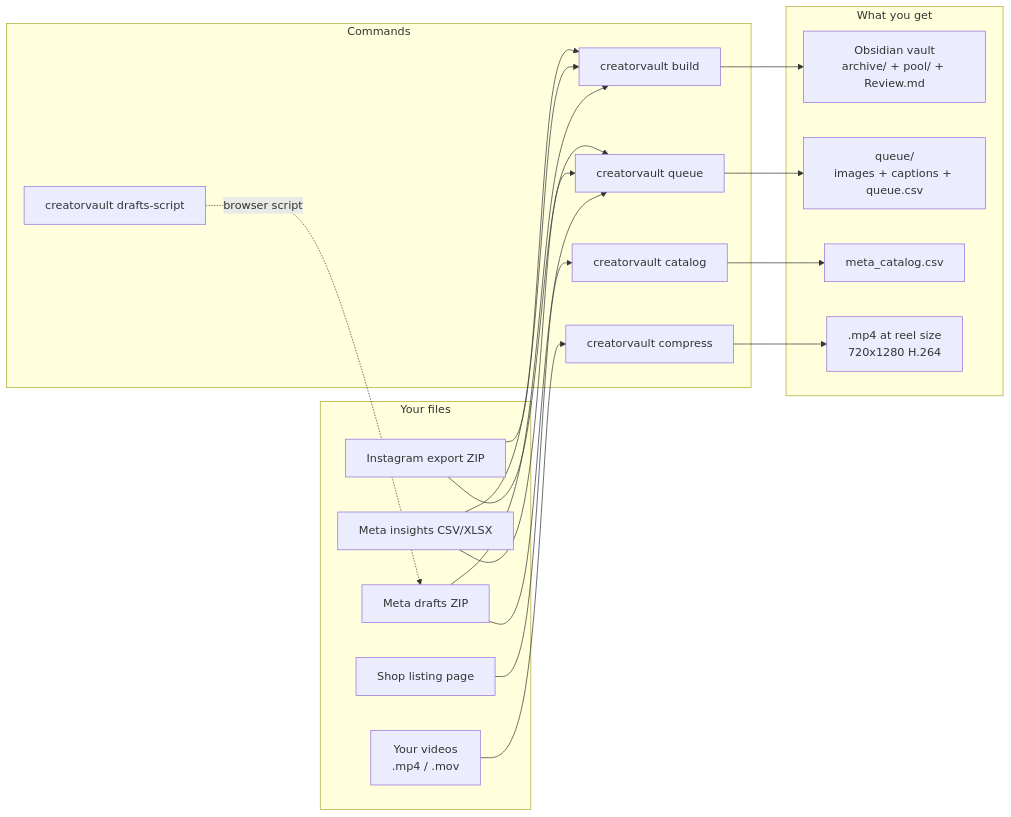
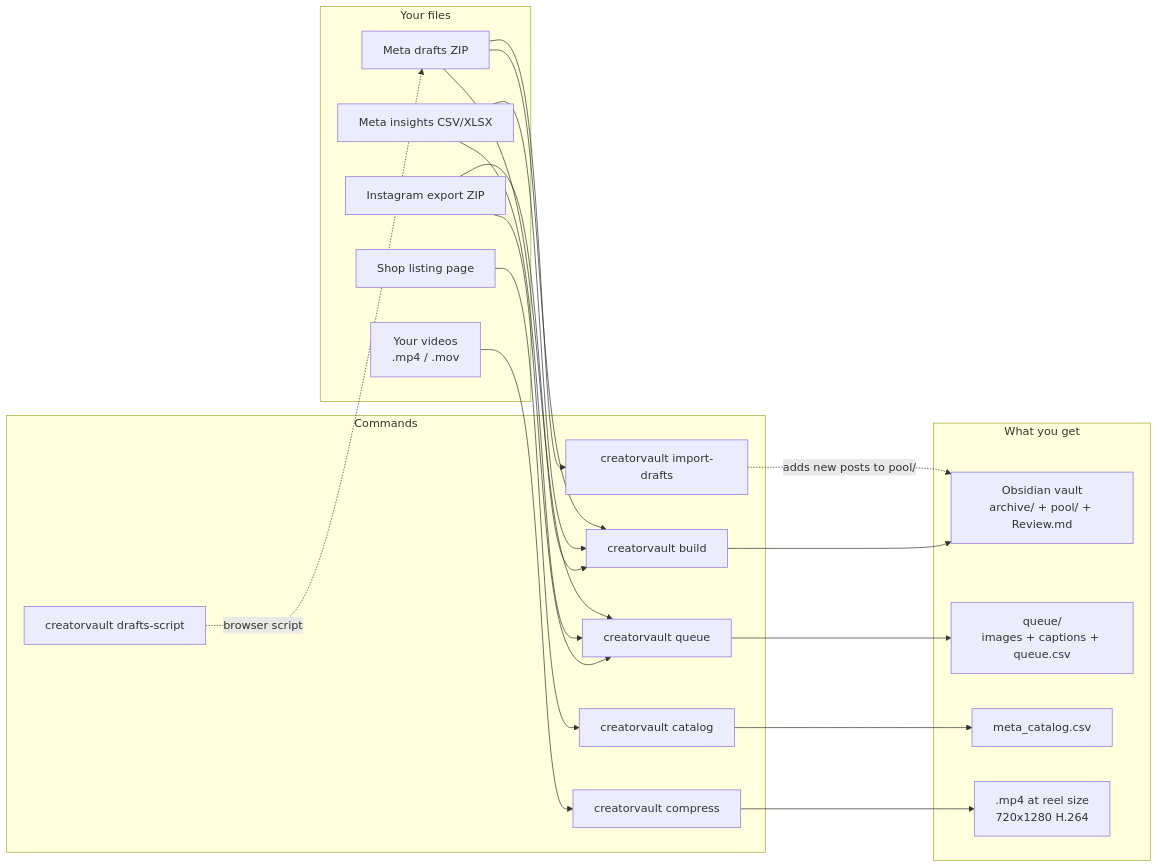
One commit to GiulioRusso/creatorvault changed the first of 8 diagrams in README.md. Above: the diagram before and after it, drawn with Mermaid. The commit also changed other lines of this file, not shown here.

Commit message:
docs: import-drafts in the README command list and overview diagram

````diff
--- a/README.md
+++ b/README.md
@@ -17,34 +17,37 @@
 ```mermaid
 flowchart LR
     subgraph inputs["Your files"]
         IG["Instagram export ZIP"]
         INS["Meta insights CSV/XLSX"]
         DR["Meta drafts ZIP"]
         SHOP["Shop listing page"]
         VID["Your videos<br/>.mp4 / .mov"]
     end
     subgraph cmds["Commands"]
         BUILD["creatorvault build"]
         QUEUE["creatorvault queue"]
         CAT["creatorvault catalog"]
         DS["creatorvault drafts-script"]
+        IMP["creatorvault import-drafts"]
         COMP["creatorvault compress"]
     end
     subgraph outs["What you get"]
         VAULT["Obsidian vault<br/>archive/ + pool/ + Review.md"]
         Q["queue/<br/>images + captions + queue.csv"]
         CSV["meta_catalog.csv"]
         SMALL[".mp4 at reel size<br/>720x1280 H.264"]
     end
     DS -. "browser script" .-> DR
     IG --> BUILD
     INS --> BUILD
     DR --> BUILD
     IG --> QUEUE
     INS --> QUEUE
     DR --> QUEUE
     BUILD --> VAULT
     QUEUE --> Q
+    DR --> IMP
+    IMP -. "adds new posts to pool/" .-> VAULT
     SHOP --> CAT --> CSV
     VID --> COMP --> SMALL
 ```
````
